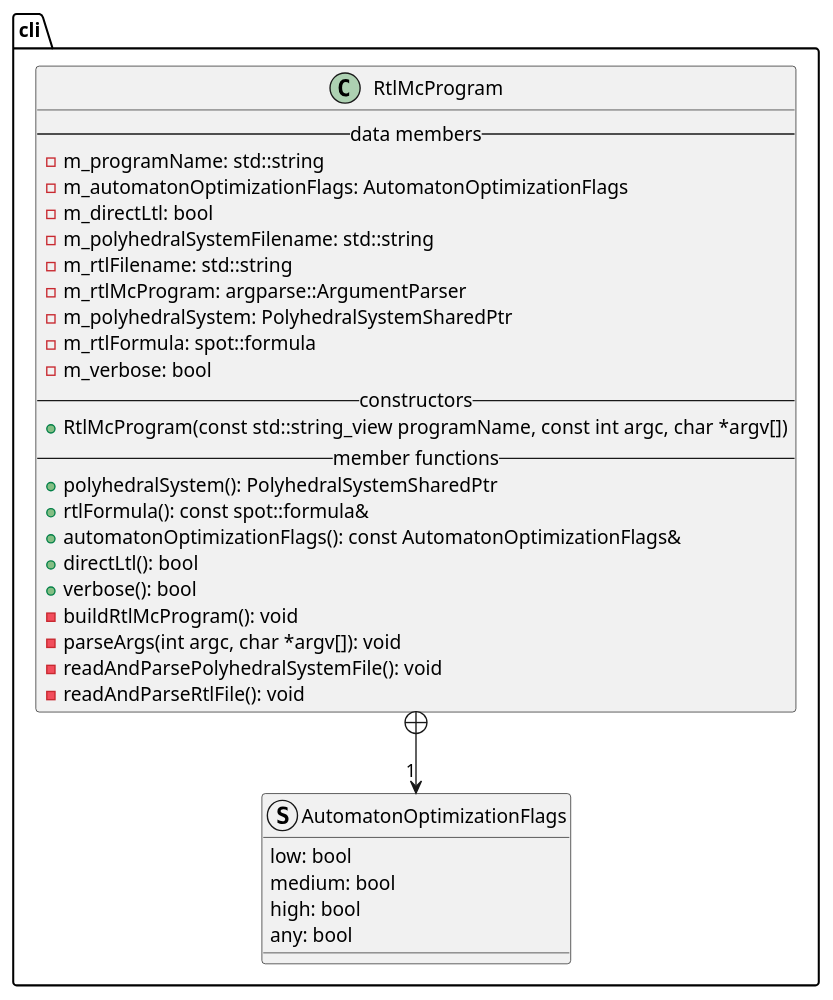
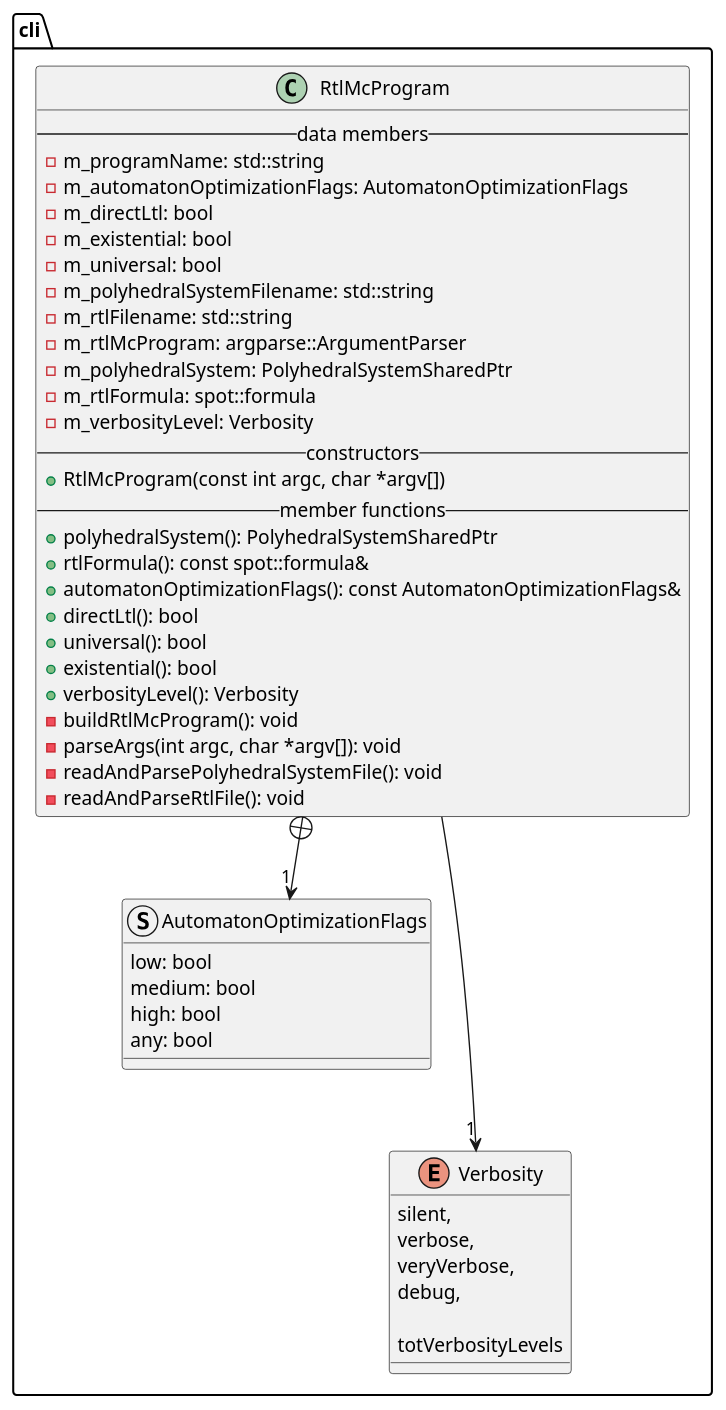
The diagram in docs/plantuml/cli.puml (vtramo/rtl-mc), drawn with PlantUML before and after one commit. The commit also changed 2 other files, not shown here.

Commit message:
docs: update UML class diagrams

```diff
--- a/docs/plantuml/cli.puml
+++ b/docs/plantuml/cli.puml
@@ -1,39 +1,53 @@
 @startuml
 
 package cli {
     class RtlMcProgram {
         --data members--
         -m_programName: std::string
         -m_automatonOptimizationFlags: AutomatonOptimizationFlags
         -m_directLtl: bool
+        -m_existential: bool
+        -m_universal: bool
         -m_polyhedralSystemFilename: std::string
         -m_rtlFilename: std::string
         -m_rtlMcProgram: argparse::ArgumentParser
         -m_polyhedralSystem: PolyhedralSystemSharedPtr
         -m_rtlFormula: spot::formula
-        -m_verbose: bool
+        -m_verbosityLevel: Verbosity
         --constructors--
-        +RtlMcProgram(const std::string_view programName, const int argc, char *argv[])
+        +RtlMcProgram(const int argc, char *argv[])
         --member functions--
         +polyhedralSystem(): PolyhedralSystemSharedPtr
         +rtlFormula(): const spot::formula&
         +automatonOptimizationFlags(): const AutomatonOptimizationFlags&
         +directLtl(): bool
-        +verbose(): bool
+        +universal(): bool
+        +existential(): bool
+        +verbosityLevel(): Verbosity
         -buildRtlMcProgram(): void
         -parseArgs(int argc, char *argv[]): void
         -readAndParsePolyhedralSystemFile(): void
         -readAndParseRtlFile(): void
     }
 
     struct AutomatonOptimizationFlags {
         low: bool
         medium: bool
         high: bool
         any: bool
     }
+
+    enum Verbosity {
+        silent,
+        verbose,
+        veryVerbose,
+        debug,
+
+        totVerbosityLevels
+    }
 }
 
 RtlMcProgram +--> "1" AutomatonOptimizationFlags
+RtlMcProgram ---> "1" Verbosity
 
 @enduml
```
